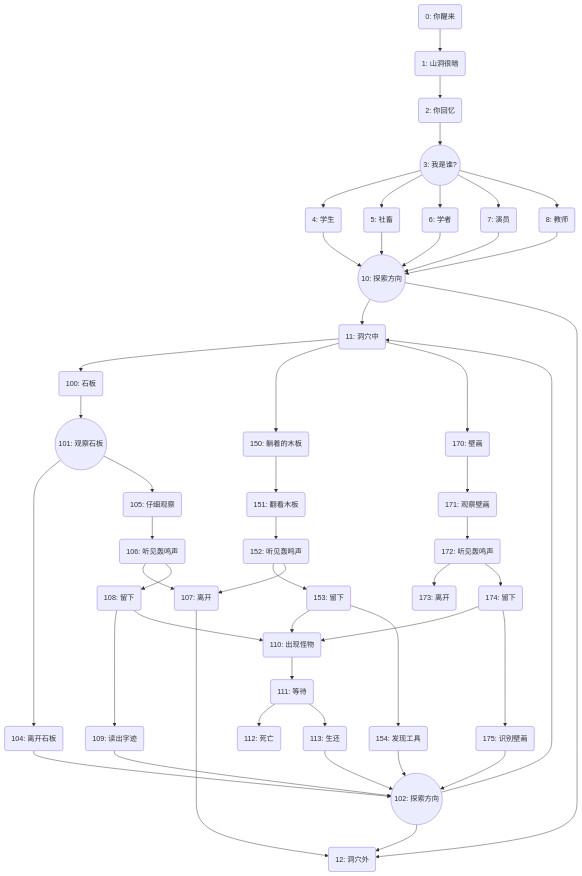
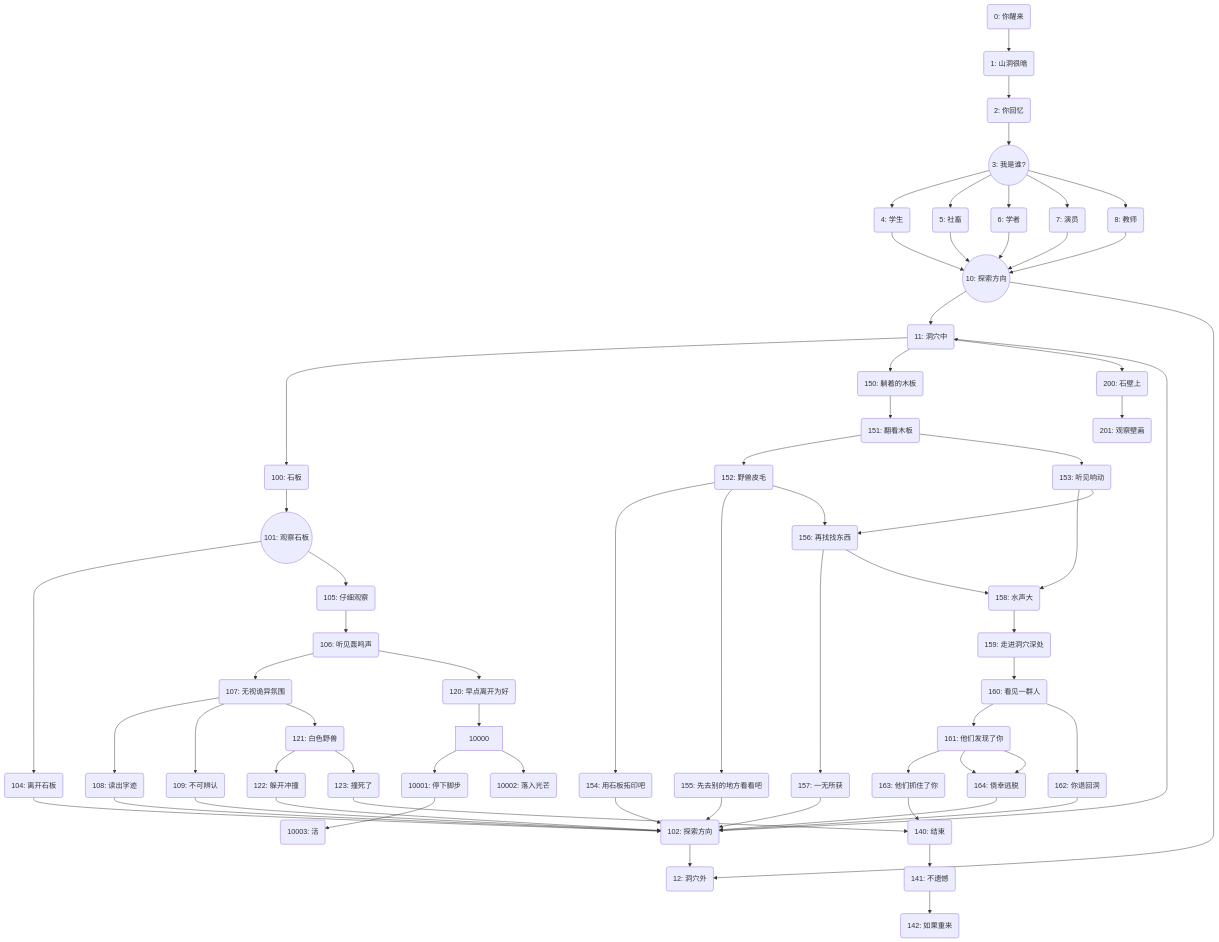
The diagram in assets/story_p1.md (FrightenedFoxCN/OOP_capolization), drawn with Mermaid before and after one commit.

````diff
--- a/assets/story_p1.md
+++ b/assets/story_p1.md
@@ -1,52 +1,69 @@
 ```mermaid
 graph TD;
 00000(0: 你醒来) --> 00001(1: 山洞很暗);
 00001 --> 00002(2: 你回忆);
 00002 --> 00003((3: 我是谁?));
 00003 --> 00004(4: 学生);
 00003 --> 00005(5: 社畜);
 00003 --> 00006(6: 学者);
 00003 --> 00007(7: 演员);
 00003 --> 00008(8: 教师);
 00004 --> 00010((10: 探索方向));
 00005 --> 00010;
 00006 --> 00010;
 00007 --> 00010;
 00008 --> 00010;
 00010 --> 00011(11: 洞穴中);
 00010 --> 00012(12: 洞穴外);
 00011 --> 00100(100: 石板);
 00011 --> 00150(150: 躺着的木板);
+00011 --> 00200(200: 石壁上)
 00150 --> 00151(151: 翻看木板);
-00151 --> 00152(152: 听见轰鸣声);
-00152 --> 00153(153: 留下);
-00152 --> 00107;
-00153 --> 00110;
-00153 --> 00154(154: 发现工具);
+00151 --> 00152(152: 野兽皮毛);
+00151 --> 00153(153: 听见响动)
+00152 --> 00154(154: 用石板拓印吧);
+00152 --> 00155(155: 先去别的地方看看吧);
+00155 --> 00102;
+00152 --> 00156(156: 再找找东西);
+00156 --> 00157(157: 一无所获);
+00157 --> 00102;
+00156 --> 00158(158: 水声大);
+00158 --> 00159(159: 走进洞穴深处);
+00159 --> 00160(160: 看见一群人);
+00160 --> 00161(161: 他们发现了你)
+00160 --> 00162(162: 你退回洞)
+00162 --> 00102
+00161 --> 00163(163: 他们抓住了你)
+00161 --> 00164(164: 侥幸逃脱)
+00164 --> 00102
+00163 --> 00140
+00161 --> 00164
+00153 --> 00158;
+00153 --> 00156;
 00154 --> 00102;
 00100 --> 00101((101: 观察石板));
 00101 --> 00104(104: 离开石板);
 00102 --> 00011;
 00102 --> 00012;
-00104 --> 00102((102: 探索方向));
+00104 --> 00102(102: 探索方向);
 00101 --> 00105(105: 仔细观察);
 00105 --> 00106(106: 听见轰鸣声);
-00106 --> 00107(107: 离开);
-00107 --> 00012;
-00106 --> 00108(108: 留下);
-00108 --> 00109(109: 读出字迹);
+00106 --> 00107(107: 无视诡异氛围);
+00106 --> 00120(120: 早点离开为好);
+00120 --> 10000
+00107 --> 00108(108: 读出字迹);
+00107 --> 00109(109: 不可辨认);
+00107 --> 00121(121: 白色野兽);
+00121 --> 00122(122: 躲开冲撞);
+00122 --> 00102;
+00121 --> 00123(123: 撞死了);
+00123 --> 00140(140: 结束);
+00140 --> 00141(141: 不遗憾);
+00141 --> 00142(142: 如果重来);
+00108 --> 00102;
 00109 --> 00102;
-00108 --> 00110(110: 出现怪物);
-00110 --> 00111(111: 等待);
-00111 --> 00112(112: 死亡);
-00111 --> 00113(113: 生还);
-00113 --> 00102;
-00011 --> 00170(170: 壁画);
-00170 --> 00171(171: 观察壁画);
-00171 --> 00172(172: 听见轰鸣声);
-00172 --> 00173(173: 离开);
-00172 --> 00174(174: 留下);
-00174 --> 00110;
-00174 --> 00175(175: 识别壁画);
-00175 --> 00102;
+00200 --> 00201(201: 观察壁画)
+10000 --> 10001(10001: 停下脚步)
+10000 --> 10002(10002: 落入光芒)
+10001 --> 10003(10003: 活)
 ```
````
